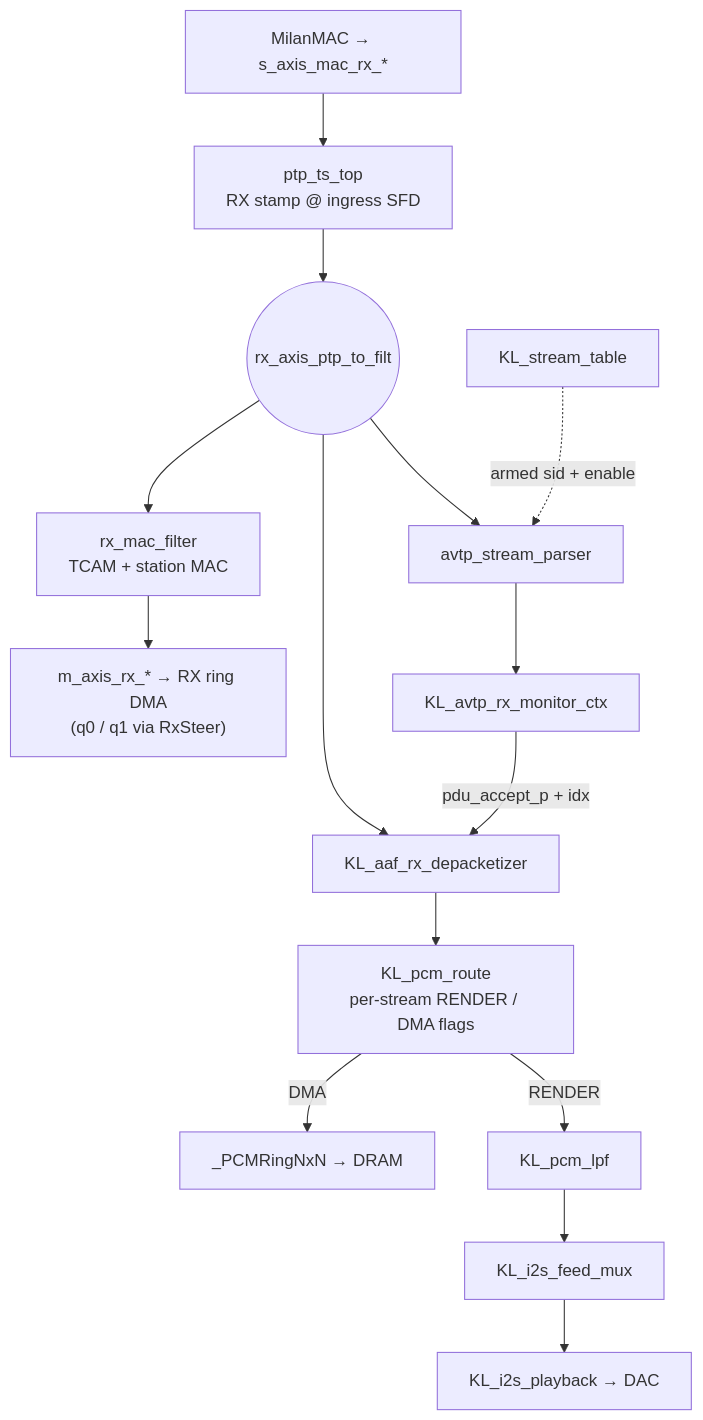
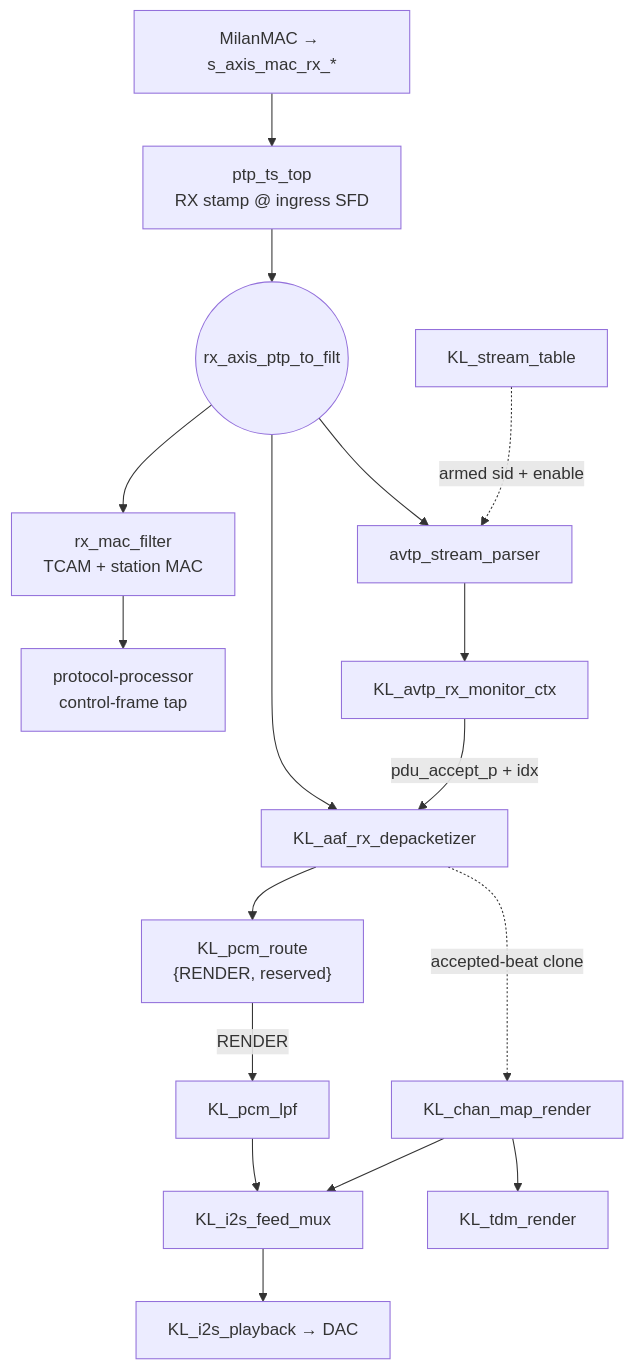
The third of 3 diagrams in docs/fpga/DATAPLANE_WALKTHROUGH.md (kebag-logic/milan-fpga), drawn with Mermaid before and after one commit. The commit also changed other lines of this file and 377 other files, not shown here.

````diff
--- a/docs/fpga/DATAPLANE_WALKTHROUGH.md
+++ b/docs/fpga/DATAPLANE_WALKTHROUGH.md
@@ -145,17 +144,19 @@
 ```mermaid
 flowchart TB
     MAC["MilanMAC → s_axis_mac_rx_*"] --> PTP["ptp_ts_top<br/>RX stamp @ ingress SFD"]
     PTP --> TEE(("rx_axis_ptp_to_filt"))
     TEE --> FILT["rx_mac_filter<br/>TCAM + station MAC"]
-    FILT --> HOST["m_axis_rx_* → RX ring DMA<br/>(q0 / q1 via RxSteer)"]
+    FILT --> CTRL["protocol-processor<br/>control-frame tap"]
     TEE --> PARSE["avtp_stream_parser"]
     TBL["KL_stream_table"] -.->|"armed sid + enable"| PARSE
     PARSE --> MON["KL_avtp_rx_monitor_ctx"]
     TEE --> DEPKT["KL_aaf_rx_depacketizer"]
     MON -->|"pdu_accept_p + idx"| DEPKT
-    DEPKT --> ROUTE["KL_pcm_route<br/>per-stream RENDER / DMA flags"]
-    ROUTE -->|DMA| RING["_PCMRingNxN → DRAM"]
+    DEPKT --> ROUTE["KL_pcm_route<br/>{RENDER, reserved}"]
     ROUTE -->|RENDER| LPF["KL_pcm_lpf"]
     LPF --> FMUX["KL_i2s_feed_mux"]
     FMUX --> I2S["KL_i2s_playback → DAC"]
+    DEPKT -.->|"accepted-beat clone"| RMAP["KL_chan_map_render"]
+    RMAP --> FMUX
+    RMAP --> TDM["KL_tdm_render"]
 ```
````
